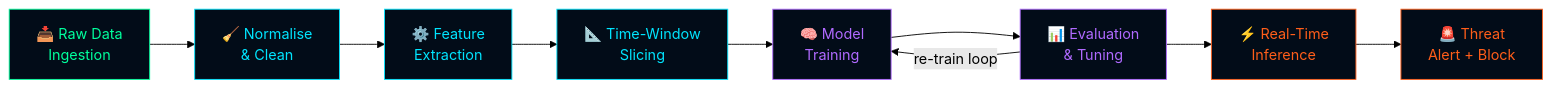
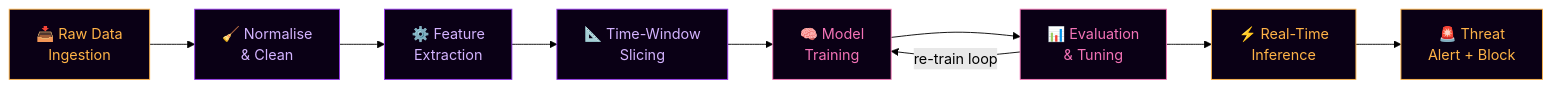
The second of 8 diagrams in README.md (LuthandoCandlovu/LuthandoCandlovu), drawn with Mermaid (forest theme) before and after one commit. The commit also changed other lines of this file, not shown here.

````diff
--- a/README.md
+++ b/README.md
@@ -313,20 +273,20 @@
 ```mermaid
 flowchart LR
     RAW["📥 Raw Data<br/>Ingestion"]:::input
     CLEAN["🧹 Normalise<br/>& Clean"]:::process
     FEAT["⚙️ Feature<br/>Extraction"]:::process
     WINDOW["📐 Time-Window<br/>Slicing"]:::process
     TRAIN["🧠 Model<br/>Training"]:::model
     EVAL["📊 Evaluation<br/>& Tuning"]:::model
     INFER["⚡ Real-Time<br/>Inference"]:::output
     ALERT["🚨 Threat<br/>Alert + Block"]:::output
 
     RAW --> CLEAN --> FEAT --> WINDOW --> TRAIN --> EVAL
     EVAL -->|"re-train loop"| TRAIN
     EVAL --> INFER --> ALERT
 
-    classDef input fill:#020c18,stroke:#00ff9d,color:#00ff9d
-    classDef process fill:#020c18,stroke:#00e5ff,color:#00e5ff
-    classDef model fill:#020c18,stroke:#b06aff,color:#b06aff
-    classDef output fill:#020c18,stroke:#ff5e1a,color:#ff5e1a
+    classDef input fill:#0a0015,stroke:#FFB347,color:#FFB347
+    classDef process fill:#0a0015,stroke:#9333EA,color:#d4b3ff
+    classDef model fill:#0a0015,stroke:#F472B6,color:#F472B6
+    classDef output fill:#0a0015,stroke:#FFB347,color:#FFB347
 ```
````
